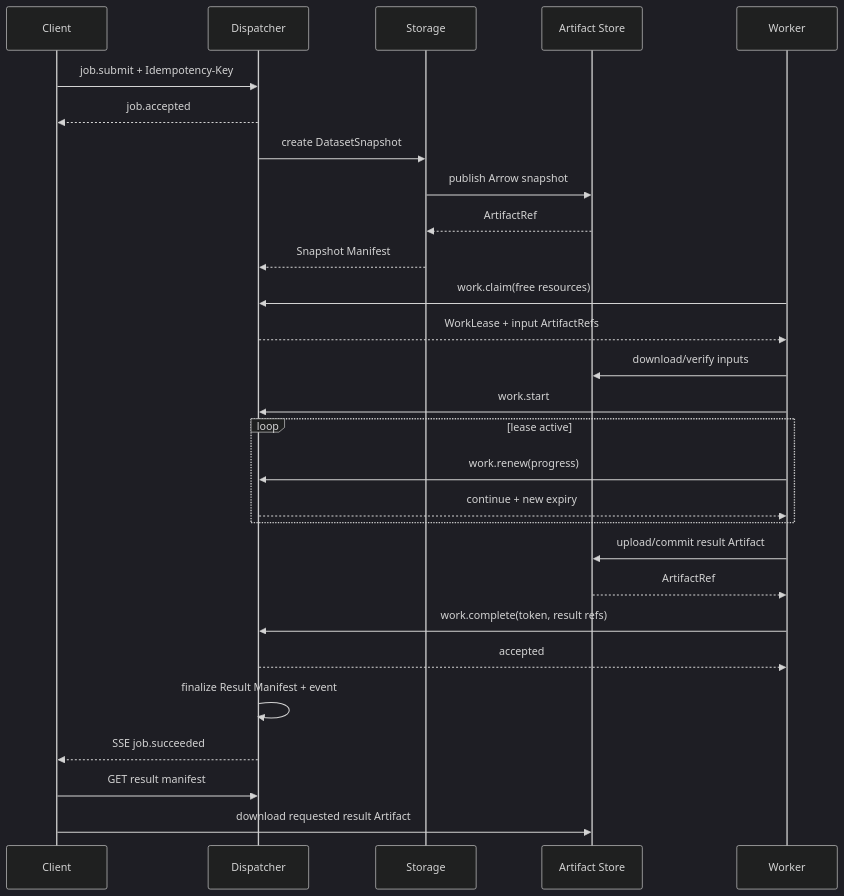
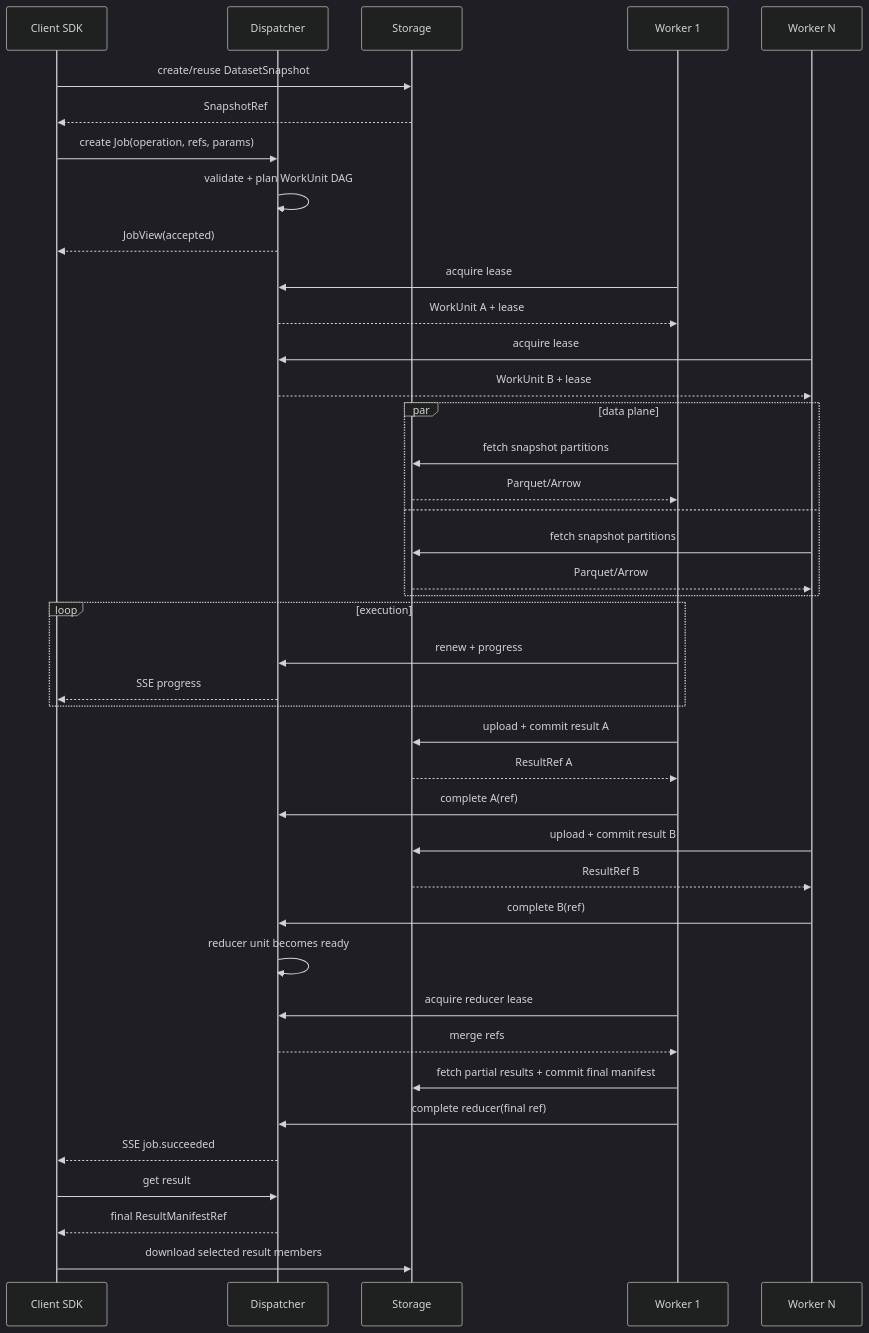
Before and after one commit to RESBI/StockStatistic: the second of 2 diagrams in V31design/designV31/DESIGN_PROT_V31.md, drawn with Mermaid (dark theme). The commit also changed other lines of this file and 18 other files, not shown here.

Commit message:
V3.1 docs: finalize architecture and delivery plan

````diff
--- a/V31design/designV31/DESIGN_PROT_V31.md
+++ b/V31design/designV31/DESIGN_PROT_V31.md
@@ -1334,34 +1061,49 @@
 ```mermaid
 sequenceDiagram
-    participant C as Client
+    participant C as Client SDK
     participant D as Dispatcher
     participant S as Storage
-    participant A as Artifact Store
-    participant W as Worker
+    participant W1 as Worker 1
+    participant W2 as Worker N
 
-    C->>D: job.submit + Idempotency-Key
-    D-->>C: job.accepted
-    D->>S: create DatasetSnapshot
-    S->>A: publish Arrow snapshot
-    A-->>S: ArtifactRef
-    S-->>D: Snapshot Manifest
+    C->>S: create/reuse DatasetSnapshot
+    S-->>C: SnapshotRef
+    C->>D: create Job(operation, refs, params)
+    D->>D: validate + plan WorkUnit DAG
+    D-->>C: JobView(accepted)
 
-    W->>D: work.claim(free resources)
-    D-->>W: WorkLease + input ArtifactRefs
-    W->>A: download/verify inputs
-    W->>D: work.start
+    W1->>D: acquire lease
+    D-->>W1: WorkUnit A + lease
+    W2->>D: acquire lease
+    D-->>W2: WorkUnit B + lease
 
-    loop lease active
-        W->>D: work.renew(progress)
-        D-->>W: continue + new expiry
+    par data plane
+        W1->>S: fetch snapshot partitions
+        S-->>W1: Parquet/Arrow
+    and
+        W2->>S: fetch snapshot partitions
+        S-->>W2: Parquet/Arrow
     end
 
-    W->>A: upload/commit result Artifact
-    A-->>W: ArtifactRef
-    W->>D: work.complete(token, result refs)
-    D-->>W: accepted
-    D->>D: finalize Result Manifest + event
+    loop execution
+        W1->>D: renew + progress
+        D-->>C: SSE progress
+    end
+
+    W1->>S: upload + commit result A
+    S-->>W1: ResultRef A
+    W1->>D: complete A(ref)
+    W2->>S: upload + commit result B
+    S-->>W2: ResultRef B
+    W2->>D: complete B(ref)
+
+    D->>D: reducer unit becomes ready
+    W1->>D: acquire reducer lease
+    D-->>W1: merge refs
+    W1->>S: fetch partial results + commit final manifest
+    W1->>D: complete reducer(final ref)
     D-->>C: SSE job.succeeded
-    C->>D: GET result manifest
-    C->>A: download requested result Artifact
+    C->>D: get result
+    D-->>C: final ResultManifestRef
+    C->>S: download selected result members
 ```
````
